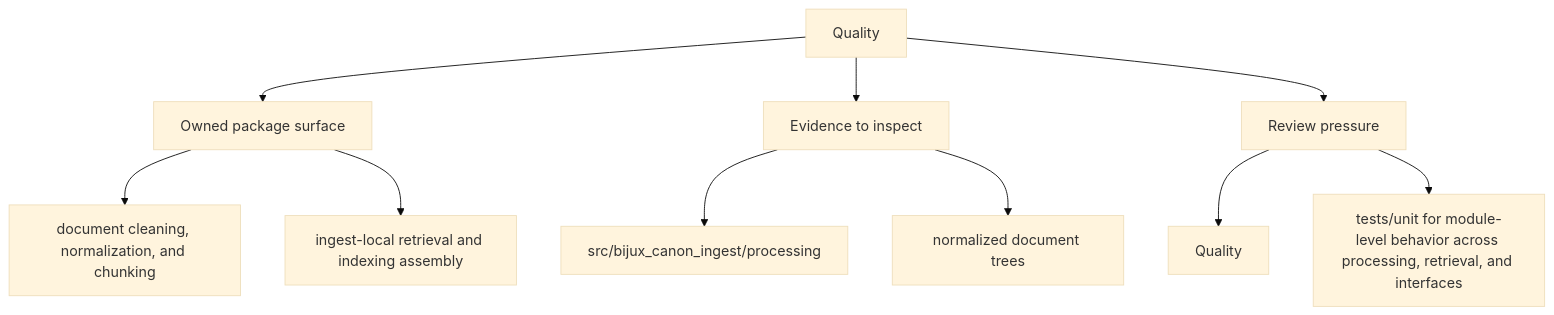
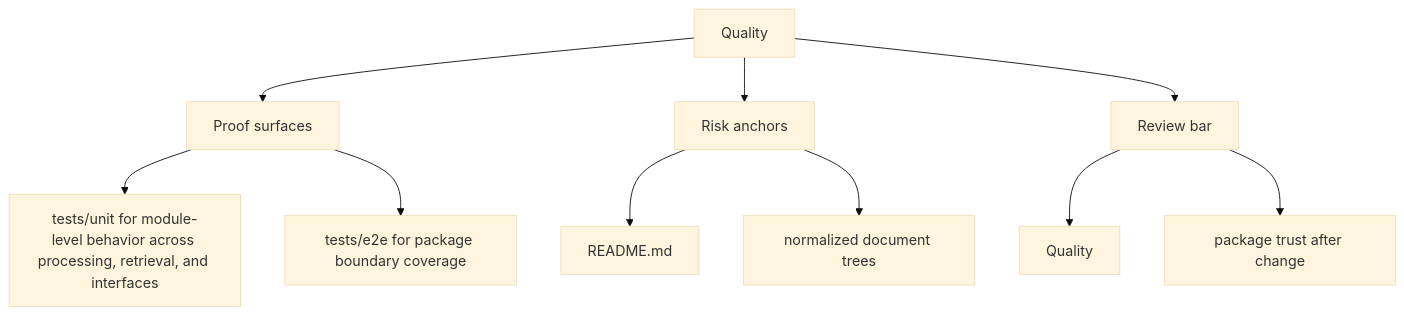
Before and after one commit to bijux/bijux-canon: the second of 2 diagrams in docs/bijux-canon-ingest/quality/index.md, drawn with Mermaid (base theme). The commit also changed other lines of this file and 250 other files, not shown here.

Commit message:
docs(diagrams): make product page maps more readable

````diff
--- a/docs/bijux-canon-ingest/quality/index.md
+++ b/docs/bijux-canon-ingest/quality/index.md
@@ -32,22 +32,22 @@
 ```mermaid
 flowchart TD
     page["Quality"]
-    focus1["Owned package surface"]
+    focus1["Proof surfaces"]
     page --> focus1
-    focus1_1["document cleaning, normalization, and chunking"]
+    focus1_1["tests/unit for module-level behavior across processing, retrieval, and interfaces"]
     focus1 --> focus1_1
-    focus1_2["ingest-local retrieval and indexing assembly"]
+    focus1_2["tests/e2e for package boundary coverage"]
     focus1 --> focus1_2
-    focus2["Evidence to inspect"]
+    focus2["Risk anchors"]
     page --> focus2
-    focus2_1["src/bijux_canon_ingest/processing"]
+    focus2_1["README.md"]
     focus2 --> focus2_1
     focus2_2["normalized document trees"]
     focus2 --> focus2_2
-    focus3["Review pressure"]
+    focus3["Review bar"]
     page --> focus3
     focus3_1["Quality"]
     focus3 --> focus3_1
-    focus3_2["tests/unit for module-level behavior across processing, retrieval, and interfaces"]
+    focus3_2["package trust after change"]
     focus3 --> focus3_2
 ```
````
